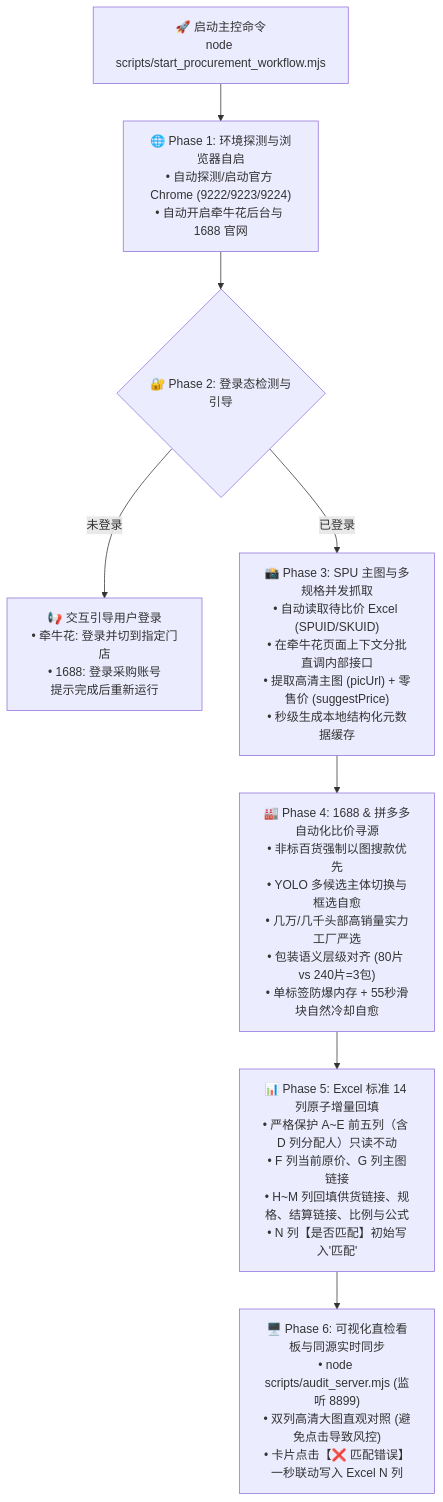
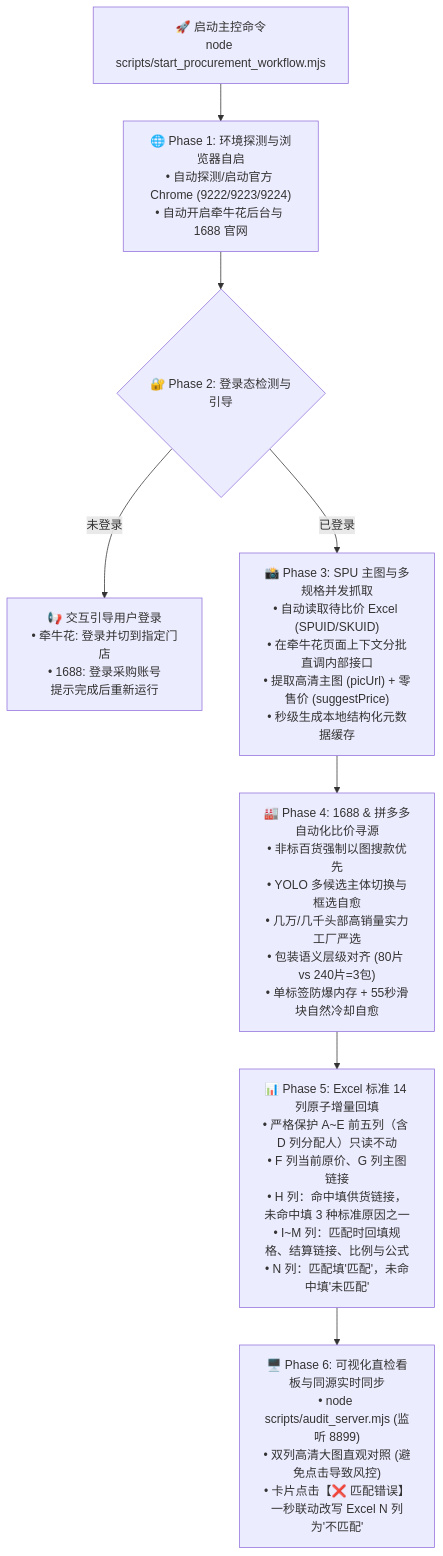
One commit to cycjianai/pddauto changed the diagram in SKILL.md. Above: the diagram before and after it, drawn with Mermaid. The commit also changed other lines of this file and 2 other files, not shown here.

````diff
--- a/SKILL.md
+++ b/SKILL.md
@@ -14,14 +14,14 @@
 ```mermaid
 flowchart TD
     Start["🚀 启动主控命令<br>node scripts/start_procurement_workflow.mjs"] --> Phase1["🌐 Phase 1: 环境探测与浏览器自启<br>• 自动探测/启动官方 Chrome (9222/9223/9224)<br>• 自动开启牵牛花后台与 1688 官网"]
 
     Phase1 --> Phase2{"🔐 Phase 2: 登录态检测与引导"}
     Phase2 -->|"未登录"| PromptUser["📢 交互引导用户登录<br>• 牵牛花: 登录并切到指定门店<br>• 1688: 登录采购账号<br>提示完成后重新运行"]
     Phase2 -->|"已登录"| Phase3["📸 Phase 3: SPU 主图与多规格并发抓取<br>• 自动读取待比价 Excel (SPUID/SKUID)<br>• 在牵牛花页面上下文分批直调内部接口<br>• 提取高清主图 (picUrl) + 零售价 (suggestPrice)<br>• 秒级生成本地结构化元数据缓存"]
 
     Phase3 --> Phase4["🏭 Phase 4: 1688 & 拼多多自动化比价寻源<br>• 非标百货强制以图搜款优先<br>• YOLO 多候选主体切换与框选自愈<br>• 几万/几千头部高销量实力工厂严选<br>• 包装语义层级对齐 (80片 vs 240片=3包)<br>• 单标签防爆内存 + 55秒滑块自然冷却自愈"]
 
-    Phase4 --> Phase5["📊 Phase 5: Excel 标准 14 列原子增量回填<br>• 严格保护 A~E 前五列（含 D 列分配人）只读不动<br>• F 列当前原价、G 列主图链接<br>• H~M 列回填供货链接、规格、结算链接、比例与公式<br>• N 列【是否匹配】初始写入'匹配'"]
+    Phase4 --> Phase5["📊 Phase 5: Excel 标准 14 列原子增量回填<br>• 严格保护 A~E 前五列（含 D 列分配人）只读不动<br>• F 列当前原价、G 列主图链接<br>• H 列：命中填供货链接，未命中填 3 种标准原因之一<br>• I~M 列：匹配时回填规格、结算链接、比例与公式<br>• N 列：匹配填'匹配'，未命中填'未匹配'"]
 
-    Phase5 --> Phase6["🖥️ Phase 6: 可视化直检看板与同源实时同步<br>• node scripts/audit_server.mjs (监听 8899)<br>• 双列高清大图直观对照 (避免点击导致风控)<br>• 卡片点击【❌ 匹配错误】一秒联动写入 Excel N 列"]
+    Phase5 --> Phase6["🖥️ Phase 6: 可视化直检看板与同源实时同步<br>• node scripts/audit_server.mjs (监听 8899)<br>• 双列高清大图直观对照 (避免点击导致风控)<br>• 卡片点击【❌ 匹配错误】一秒联动改写 Excel N 列为'不匹配'"]
 ```
````
